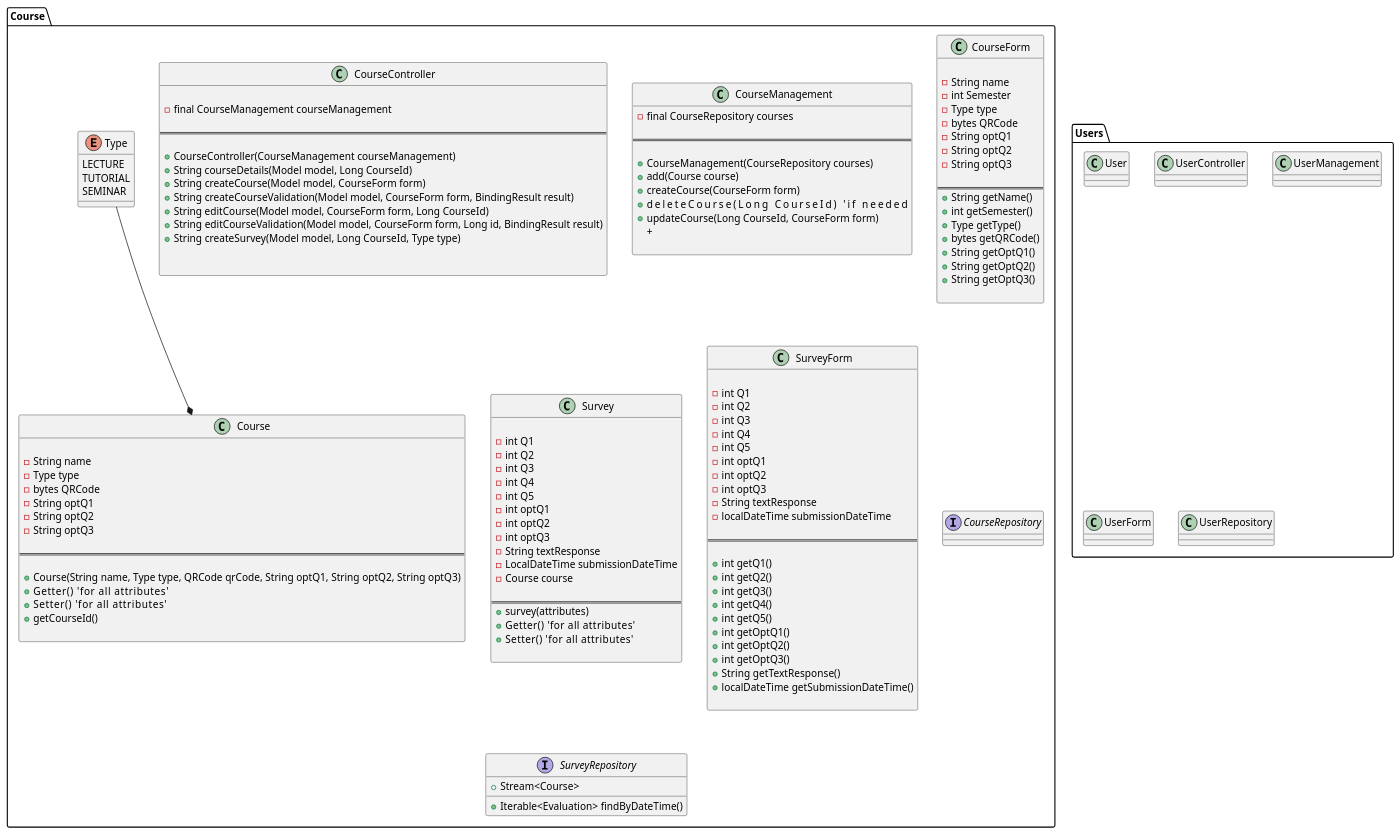
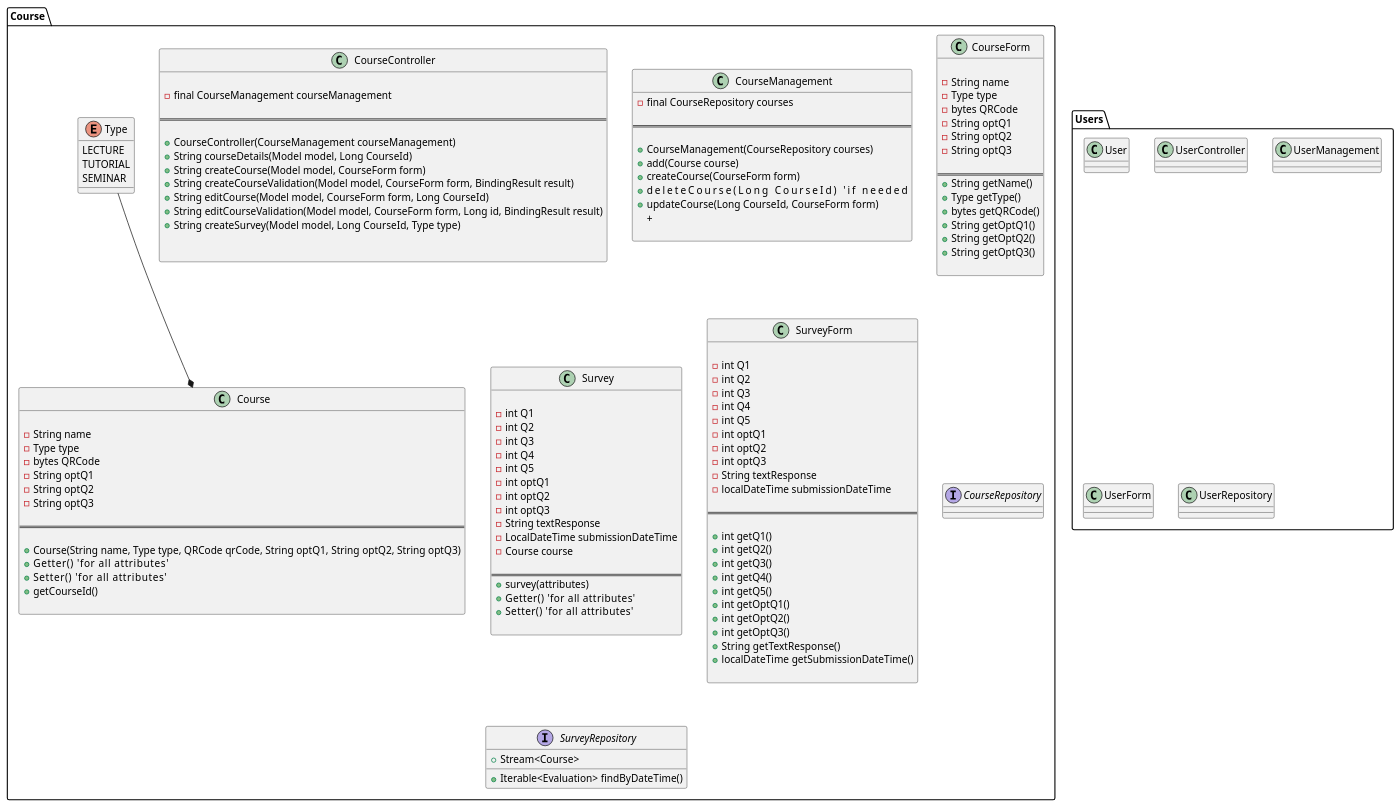
The diagram in src/main/documentation/diagrams/src/architecture_overview.wsd (Elocien/QOVA), drawn with PlantUML before and after one commit. The commit also changed 5 other files, not shown here.

```diff
--- a/src/main/documentation/diagrams/src/architecture_overview.wsd
+++ b/src/main/documentation/diagrams/src/architecture_overview.wsd
@@ -99,7 +99,6 @@
     class CourseForm {
     
         - String name
-        - int Semester
         - Type type
         - bytes QRCode
         - String optQ1
@@ -108,7 +107,6 @@
 
 ==
         + String getName()
-        + int getSemester()
         + Type getType()
         + bytes getQRCode()
         + String getOptQ1()
```
